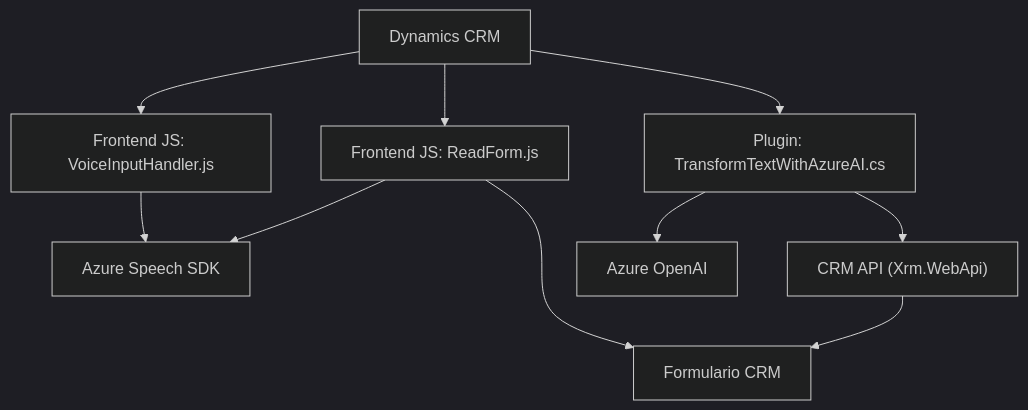
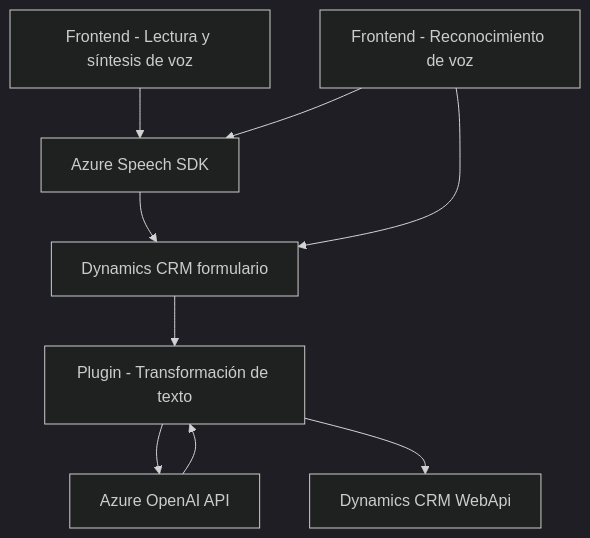
The diagram in README.md (blopezdm/NETCORE_BILBAO2025), drawn with Mermaid (dark theme) before and after one commit. The commit also changed other lines of this file, not shown here.

````diff
--- a/README.md
+++ b/README.md
@@ -57,12 +46,19 @@
 ```mermaid
 graph TD
-  A["Dynamics CRM"] --> B["Frontend JS: VoiceInputHandler.js"]
-  A --> C["Frontend JS: ReadForm.js"]
-  B --> D["Azure Speech SDK"]
-  C --> D
-  A --> E["Plugin: TransformTextWithAzureAI.cs"]
-  E --> F["Azure OpenAI"]
-  E --> G["CRM API (Xrm.WebApi)"]
-  G --> H["Formulario CRM"]
-  C --> H
+    A["Frontend - Lectura y síntesis de voz"]
+    B["Frontend - Reconocimiento de voz"]
+    C["Dynamics CRM formulario"]
+    D["Azure Speech SDK"]
+    E["Plugin - Transformación de texto"]
+    F["Azure OpenAI API"]
+    G["Dynamics CRM WebApi"]
+
+    A --> D
+    B --> D
+    D --> C
+    B --> C
+    C --> E
+    E --> F
+    F --> E
+    E --> G
 ```
````
